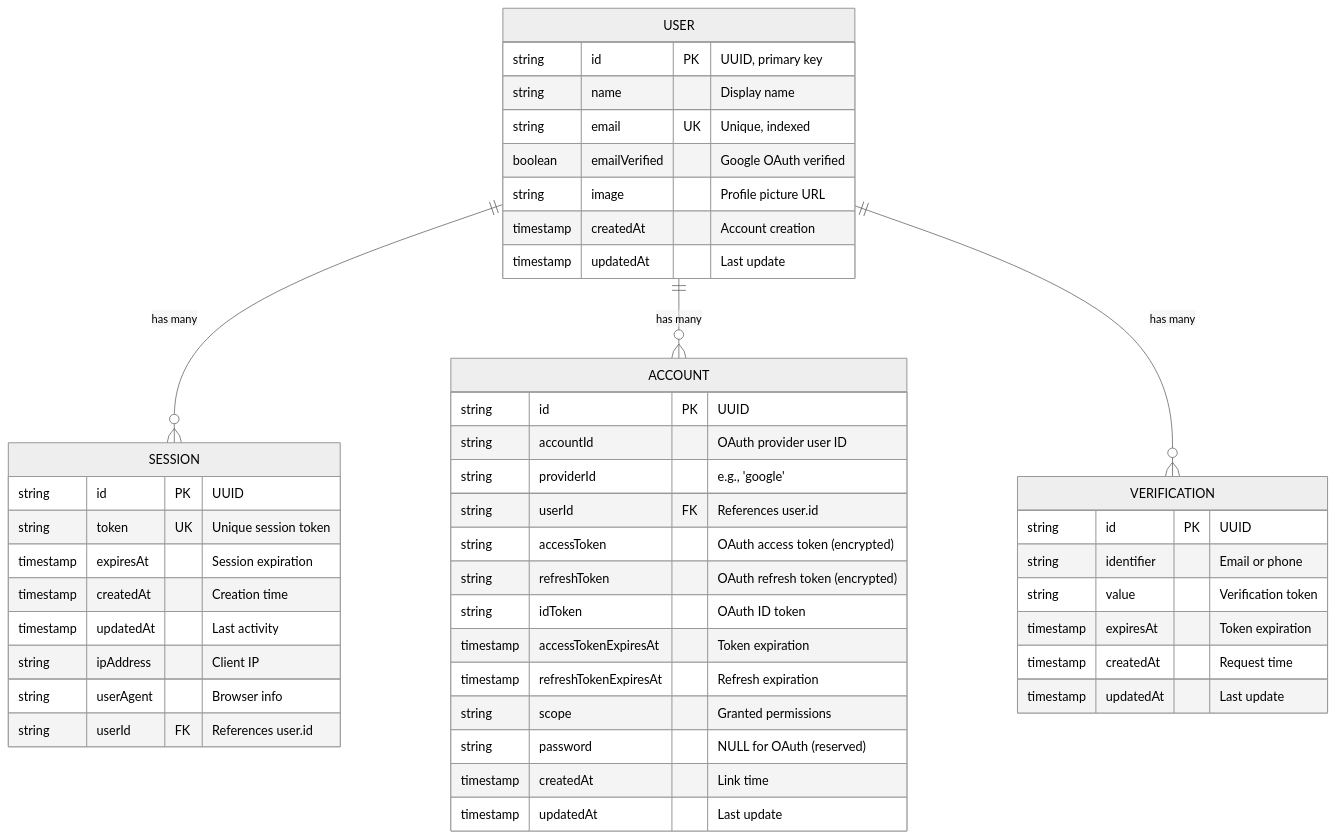
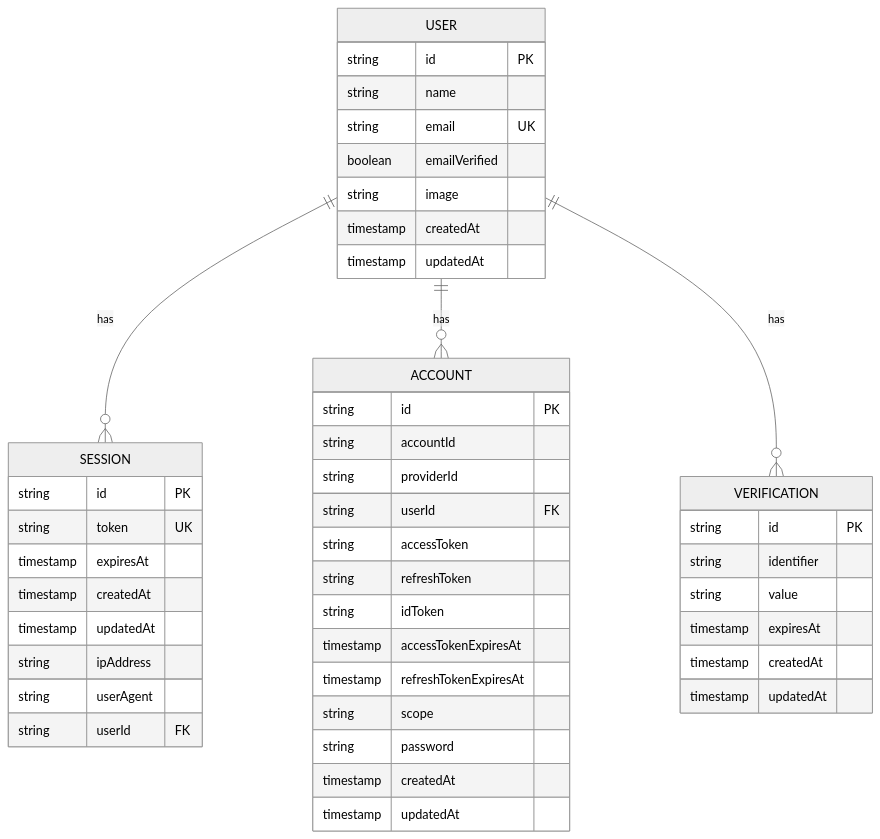
One commit to PKPL-Pusing-Kurang-Paham-Lurr/tk-2 changed diagram 15 of 18 in README.md. Above: the diagram before and after it, drawn with Mermaid (neutral theme). The commit also changed other lines of this file, not shown here.

````diff
--- a/README.md
+++ b/README.md
@@ -821,52 +820,52 @@
 ```mermaid
 erDiagram
+    USER ||--o{ SESSION : has
+    USER ||--o{ ACCOUNT : has
+    USER ||--o{ VERIFICATION : has
+
     USER {
-        string id PK "UUID, primary key"
-        string name "Display name"
-        string email UK "Unique, indexed"
-        boolean emailVerified "Google OAuth verified"
-        string image "Profile picture URL"
-        timestamp createdAt "Account creation"
-        timestamp updatedAt "Last update"
+        string id PK
+        string name
+        string email UK
+        boolean emailVerified
+        string image
+        timestamp createdAt
+        timestamp updatedAt
     }
 
     SESSION {
-        string id PK "UUID"
-        string token UK "Unique session token"
-        timestamp expiresAt "Session expiration"
-        timestamp createdAt "Creation time"
-        timestamp updatedAt "Last activity"
-        string ipAddress "Client IP"
-        string userAgent "Browser info"
-        string userId FK "References user.id"
+        string id PK
+        string token UK
+        timestamp expiresAt
+        timestamp createdAt
+        timestamp updatedAt
+        string ipAddress
+        string userAgent
+        string userId FK
     }
 
     ACCOUNT {
-        string id PK "UUID"
-        string accountId "OAuth provider user ID"
-        string providerId "e.g., 'google'"
-        string userId FK "References user.id"
-        string accessToken "OAuth access token (encrypted)"
-        string refreshToken "OAuth refresh token (encrypted)"
-        string idToken "OAuth ID token"
-        timestamp accessTokenExpiresAt "Token expiration"
-        timestamp refreshTokenExpiresAt "Refresh expiration"
-        string scope "Granted permissions"
-        string password "NULL for OAuth (reserved)"
-        timestamp createdAt "Link time"
-        timestamp updatedAt "Last update"
+        string id PK
+        string accountId
+        string providerId
+        string userId FK
+        string accessToken
+        string refreshToken
+        string idToken
+        timestamp accessTokenExpiresAt
+        timestamp refreshTokenExpiresAt
+        string scope
+        string password
+        timestamp createdAt
+        timestamp updatedAt
     }
 
     VERIFICATION {
-        string id PK "UUID"
-        string identifier "Email or phone"
-        string value "Verification token"
-        timestamp expiresAt "Token expiration"
-        timestamp createdAt "Request time"
-        timestamp updatedAt "Last update"
+        string id PK
+        string identifier
+        string value
+        timestamp expiresAt
+        timestamp createdAt
+        timestamp updatedAt
     }
-
-    USER ||--o{ SESSION : "has many"
-    USER ||--o{ ACCOUNT : "has many"
-    USER ||--o{ VERIFICATION : "has many"
 ```
````
